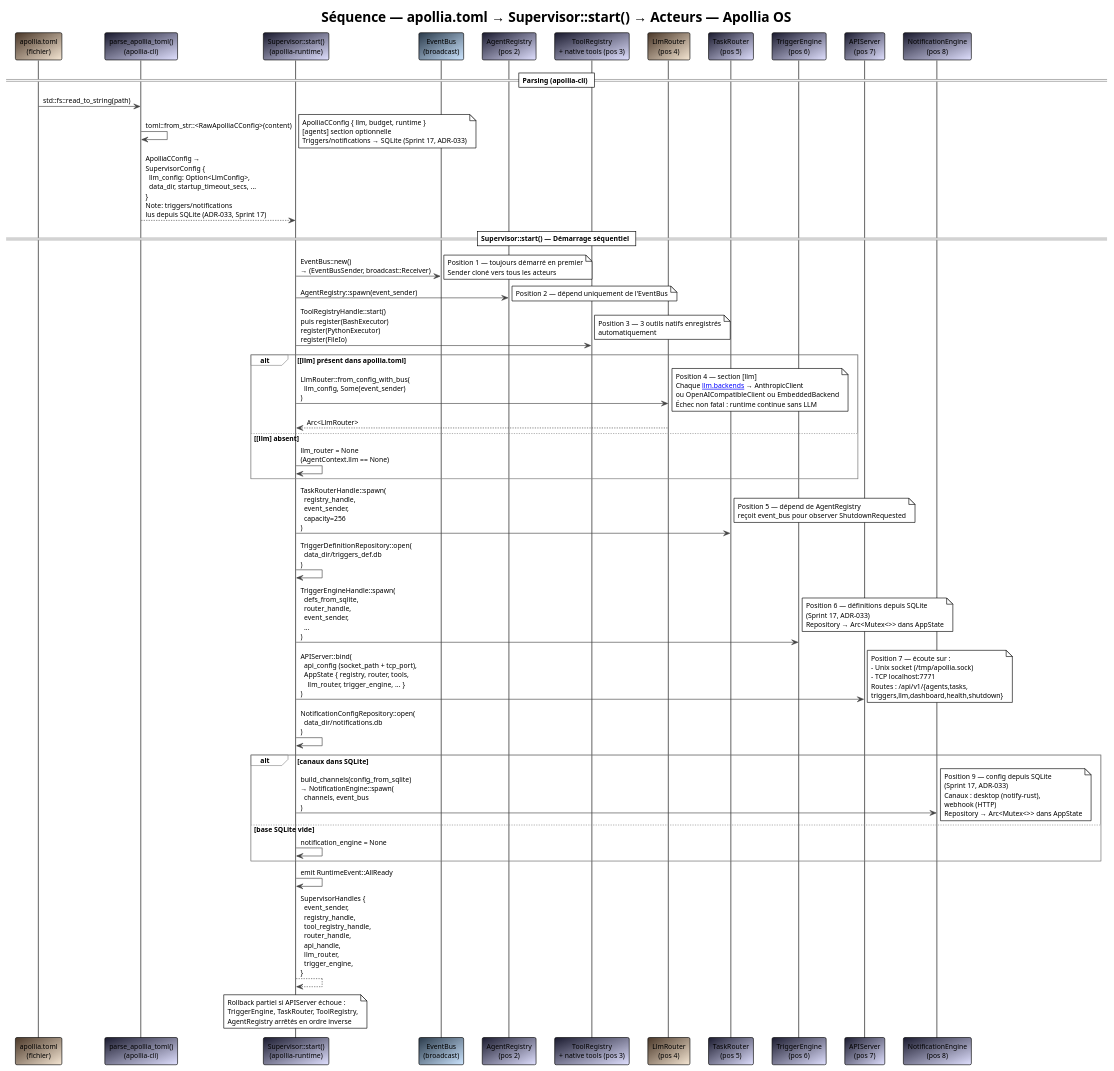
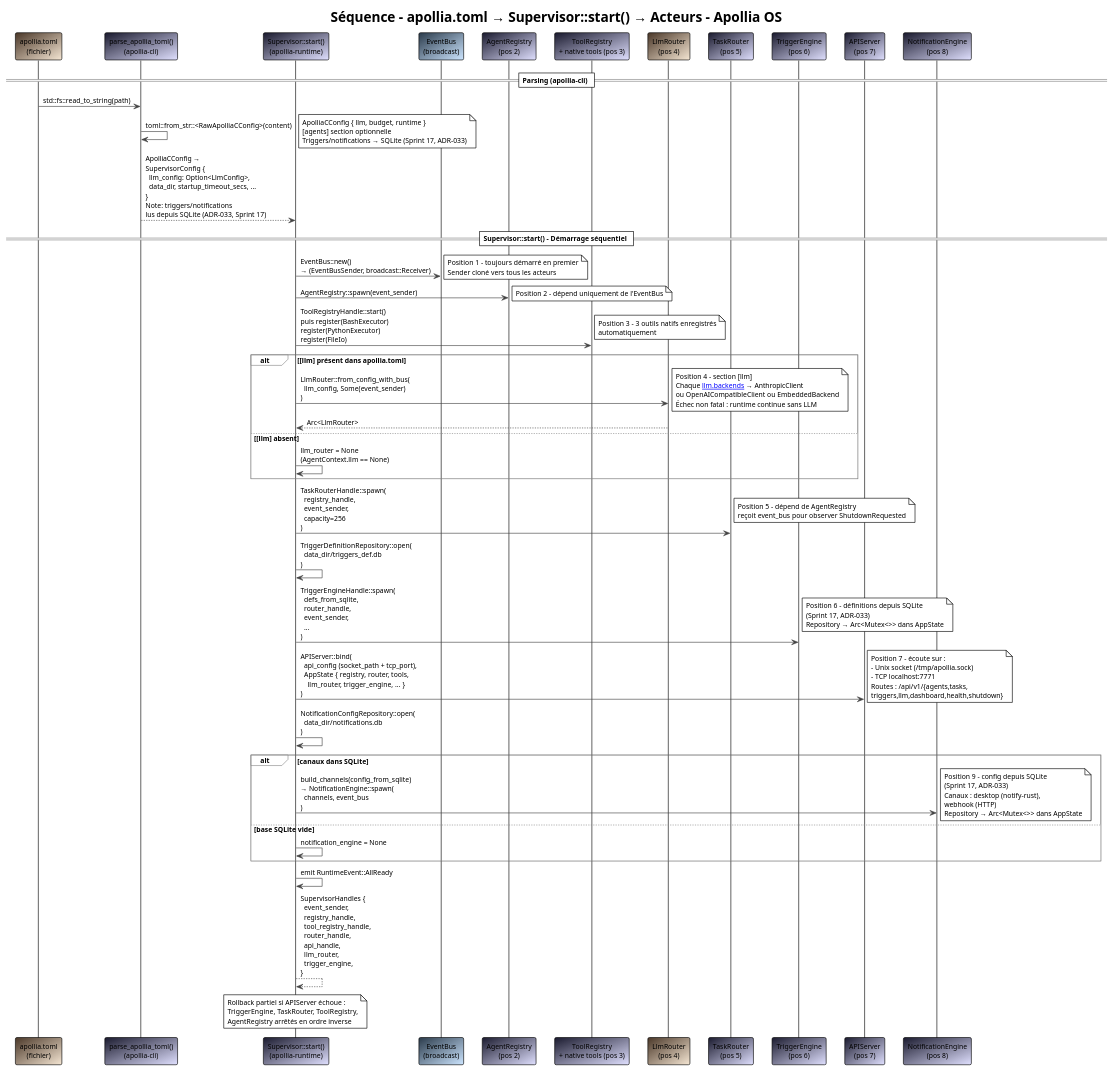
Before and after one commit to nidal-z/apollia-os: the diagram in docs/diagrams/seq-config-to-actors.puml, drawn with PlantUML. The commit also changed 863 other files, not shown here.

```diff
--- a/docs/diagrams/seq-config-to-actors.puml
+++ b/docs/diagrams/seq-config-to-actors.puml
@@ -1,75 +1,75 @@
 @startuml seq-config-to-actors
 !theme plain
 skinparam backgroundColor #FFFFFF
 skinparam defaultFontName "JetBrains Mono"
 skinparam defaultFontSize 11
 skinparam ArrowColor #444444
 skinparam BorderColor #444444
 skinparam SequenceGroupBorderColor #888888
 
-title Séquence — apollia.toml → Supervisor::start() → Acteurs — Apollia OS
+title Séquence - apollia.toml → Supervisor::start() → Acteurs - Apollia OS
 
 participant "apollia.toml\n(fichier)" as toml #4a3728/f5e6d3
 participant "parse_apollia_toml()\n(apollia-cli)" as cfg #1a1a2e/e0e0ff
 participant "Supervisor::start()\n(apollia-runtime)" as sup #1a1a2e/e0e0ff
 
 participant "EventBus\n(broadcast)" as bus #2a3a4a/cce5ff
 participant "AgentRegistry\n(pos 2)" as reg #1a1a2e/e0e0ff
 participant "ToolRegistry\n+ native tools (pos 3)" as tools #1a1a2e/e0e0ff
 participant "LlmRouter\n(pos 4)" as llm #4a3728/f5e6d3
 participant "TaskRouter\n(pos 5)" as router #1a1a2e/e0e0ff
 participant "TriggerEngine\n(pos 6)" as trig #1a1a2e/e0e0ff
 participant "APIServer\n(pos 7)" as api #1a1a2e/e0e0ff
 participant "NotificationEngine\n(pos 8)" as notif #1a1a2e/e0e0ff
 
 == Parsing (apollia-cli) ==
 
 toml -> cfg : std::fs::read_to_string(path)
 cfg -> cfg : toml::from_str::<RawApolliaCConfig>(content)
 note right : ApolliaCConfig { llm, budget, runtime }\n[agents] section optionnelle\nTriggers/notifications → SQLite (Sprint 17, ADR-033)
 
 cfg --> sup : ApolliaCConfig →\nSupervisorConfig {\n  llm_config: Option<LlmConfig>,\n  data_dir, startup_timeout_secs, ...\n}\nNote: triggers/notifications\nlus depuis SQLite (ADR-033, Sprint 17)
 
-== Supervisor::start() — Démarrage séquentiel ==
+== Supervisor::start() - Démarrage séquentiel ==
 
 sup -> bus : EventBus::new()\n→ (EventBusSender, broadcast::Receiver)
-note right : Position 1 — toujours démarré en premier\nSender cloné vers tous les acteurs
+note right : Position 1 - toujours démarré en premier\nSender cloné vers tous les acteurs
 
 sup -> reg : AgentRegistry::spawn(event_sender)
-note right : Position 2 — dépend uniquement de l'EventBus
+note right : Position 2 - dépend uniquement de l'EventBus
 
 sup -> tools : ToolRegistryHandle::start()\npuis register(BashExecutor)\nregister(PythonExecutor)\nregister(FileIo)
-note right : Position 3 — 3 outils natifs enregistrés\nautomatiquement
+note right : Position 3 - 3 outils natifs enregistrés\nautomatiquement
 
 alt [llm] présent dans apollia.toml
   sup -> llm : LlmRouter::from_config_with_bus(\n  llm_config, Some(event_sender)\n)
-  note right : Position 4 — section [llm]\nChaque [[llm.backends]] → AnthropicClient\nou OpenAICompatibleClient ou EmbeddedBackend\nÉchec non fatal : runtime continue sans LLM
+  note right : Position 4 - section [llm]\nChaque [[llm.backends]] → AnthropicClient\nou OpenAICompatibleClient ou EmbeddedBackend\nÉchec non fatal : runtime continue sans LLM
   llm --> sup : Arc<LlmRouter>
 else [llm] absent
   sup -> sup : llm_router = None\n(AgentContext.llm == None)
 end
 
 sup -> router : TaskRouterHandle::spawn(\n  registry_handle,\n  event_sender,\n  capacity=256\n)
-note right : Position 5 — dépend de AgentRegistry\nreçoit event_bus pour observer ShutdownRequested
+note right : Position 5 - dépend de AgentRegistry\nreçoit event_bus pour observer ShutdownRequested
 
 sup -> sup : TriggerDefinitionRepository::open(\n  data_dir/triggers_def.db\n)
 sup -> trig : TriggerEngineHandle::spawn(\n  defs_from_sqlite,\n  router_handle,\n  event_sender,\n  ...\n)
-note right : Position 6 — définitions depuis SQLite\n(Sprint 17, ADR-033)\nRepository → Arc<Mutex<>> dans AppState
+note right : Position 6 - définitions depuis SQLite\n(Sprint 17, ADR-033)\nRepository → Arc<Mutex<>> dans AppState
 
 sup -> api : APIServer::bind(\n  api_config (socket_path + tcp_port),\n  AppState { registry, router, tools,\n    llm_router, trigger_engine, ... }\n)
-note right : Position 7 — écoute sur :\n- Unix socket (/tmp/apollia.sock)\n- TCP localhost:7771\nRoutes : /api/v1/{agents,tasks,\ntriggers,llm,dashboard,health,shutdown}
+note right : Position 7 - écoute sur :\n- Unix socket (/tmp/apollia.sock)\n- TCP localhost:7771\nRoutes : /api/v1/{agents,tasks,\ntriggers,llm,dashboard,health,shutdown}
 
 sup -> sup : NotificationConfigRepository::open(\n  data_dir/notifications.db\n)
 alt canaux dans SQLite
   sup -> notif : build_channels(config_from_sqlite)\n→ NotificationEngine::spawn(\n  channels, event_bus\n)
-  note right : Position 9 — config depuis SQLite\n(Sprint 17, ADR-033)\nCanaux : desktop (notify-rust),\nwebhook (HTTP)\nRepository → Arc<Mutex<>> dans AppState
+  note right : Position 9 - config depuis SQLite\n(Sprint 17, ADR-033)\nCanaux : desktop (notify-rust),\nwebhook (HTTP)\nRepository → Arc<Mutex<>> dans AppState
 else base SQLite vide
   sup -> sup : notification_engine = None
 end
 
 sup -> sup : emit RuntimeEvent::AllReady
 sup --> sup : SupervisorHandles {\n  event_sender,\n  registry_handle,\n  tool_registry_handle,\n  router_handle,\n  api_handle,\n  llm_router,\n  trigger_engine,\n}
 
 note over sup : Rollback partiel si APIServer échoue :\nTriggerEngine, TaskRouter, ToolRegistry,\nAgentRegistry arrêtés en ordre inverse
 
 @enduml
```
